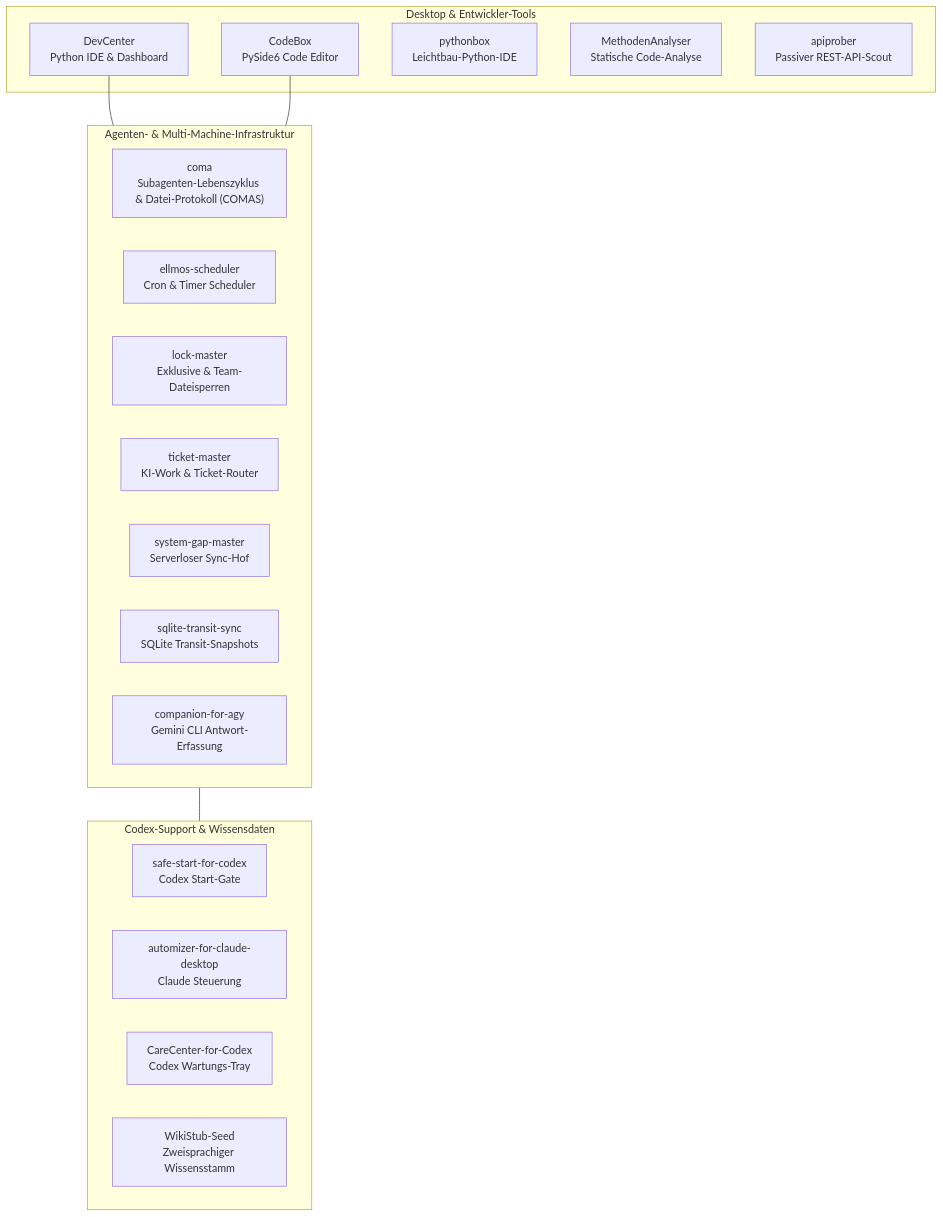
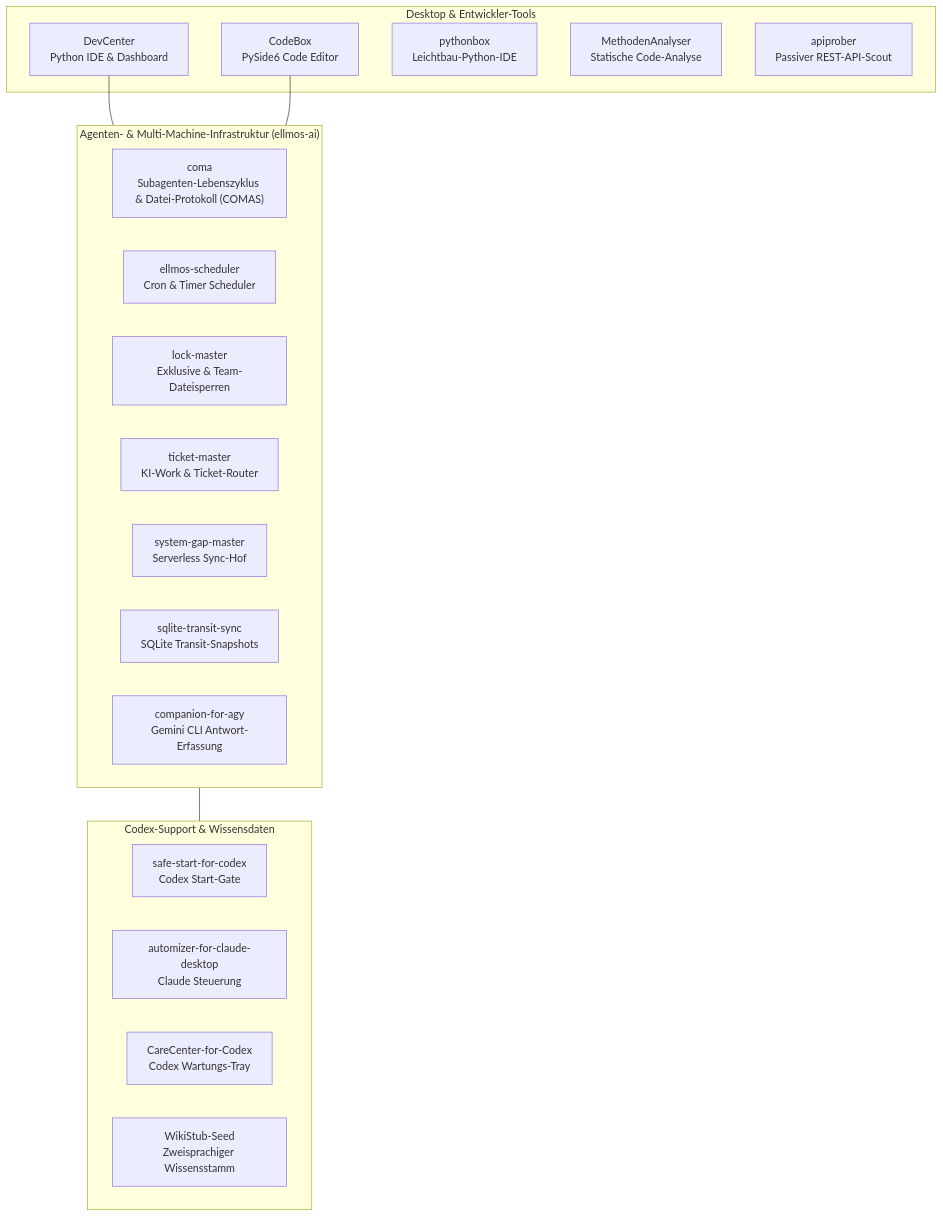
Before and after one commit to dev-bricks/.github: the diagram in profile/README_de.md, drawn with Mermaid. The commit also changed other lines of this file and 4 other files, not shown here.

````diff
--- a/profile/README_de.md
+++ b/profile/README_de.md
@@ -81,31 +88,31 @@
 ```mermaid
 flowchart TD
   subgraph IDE["Desktop & Entwickler-Tools"]
     DC["DevCenter<br/>Python IDE & Dashboard"]
     CB["CodeBox<br/>PySide6 Code Editor"]
     PB["pythonbox<br/>Leichtbau-Python-IDE"]
     MA["MethodenAnalyser<br/>Statische Code-Analyse"]
     AP["apiprober<br/>Passiver REST-API-Scout"]
   end
 
-  subgraph INFRA["Agenten- & Multi-Machine-Infrastruktur"]
+  subgraph INFRA["Agenten- & Multi-Machine-Infrastruktur (ellmos-ai)"]
     COM["coma<br/>Subagenten-Lebenszyklus & Datei-Protokoll (COMAS)"]
     ELS["ellmos-scheduler<br/>Cron & Timer Scheduler"]
     LM["lock-master<br/>Exklusive & Team-Dateisperren"]
     TM["ticket-master<br/>KI-Work & Ticket-Router"]
-    SGM["system-gap-master<br/>Serverloser Sync-Hof"]
+    SGM["system-gap-master<br/>Serverless Sync-Hof"]
     STS["sqlite-transit-sync<br/>SQLite Transit-Snapshots"]
     AGY["companion-for-agy<br/>Gemini CLI Antwort-Erfassung"]
   end
 
   subgraph AGENT["Codex-Support & Wissensdaten"]
     SSC["safe-start-for-codex<br/>Codex Start-Gate"]
     ACD["automizer-for-claude-desktop<br/>Claude Steuerung"]
     CCC["CareCenter-for-Codex<br/>Codex Wartungs-Tray"]
     WSS["WikiStub-Seed<br/>Zweisprachiger Wissensstamm"]
   end
 
   DC --- INFRA
   CB --- INFRA
   INFRA --- AGENT
 ```
````
